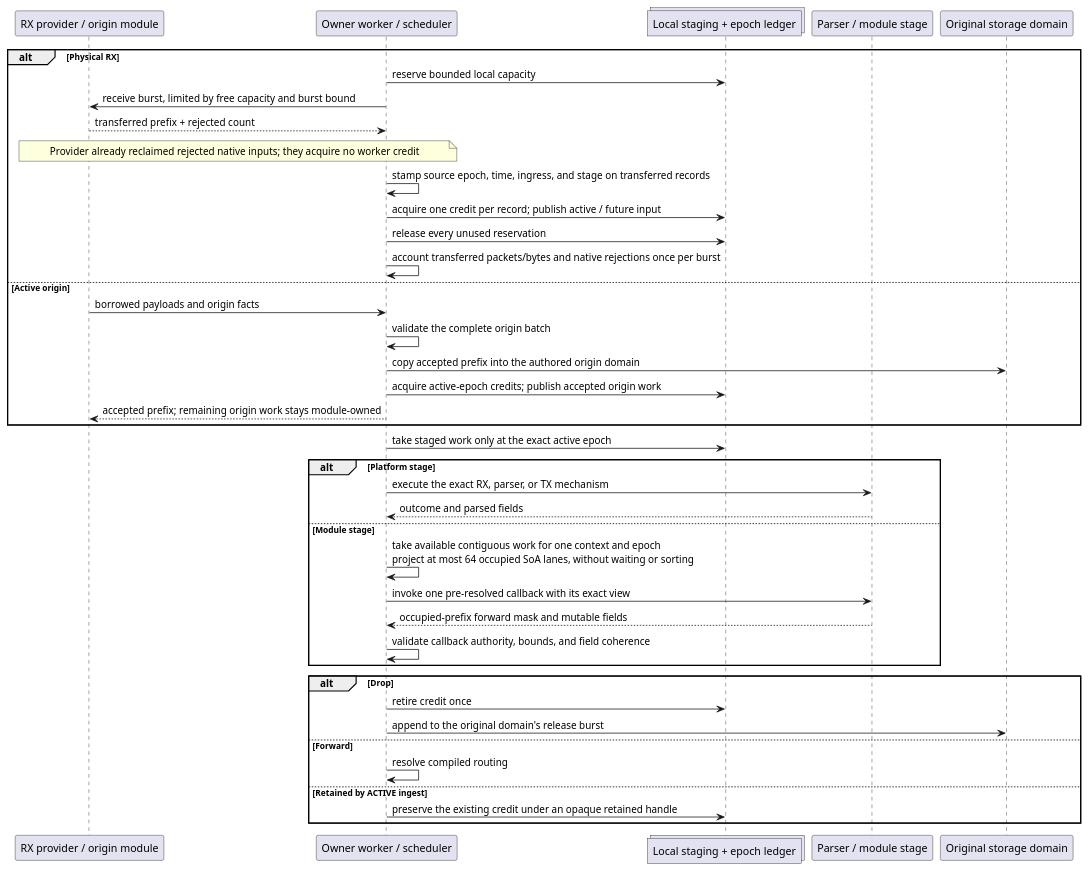
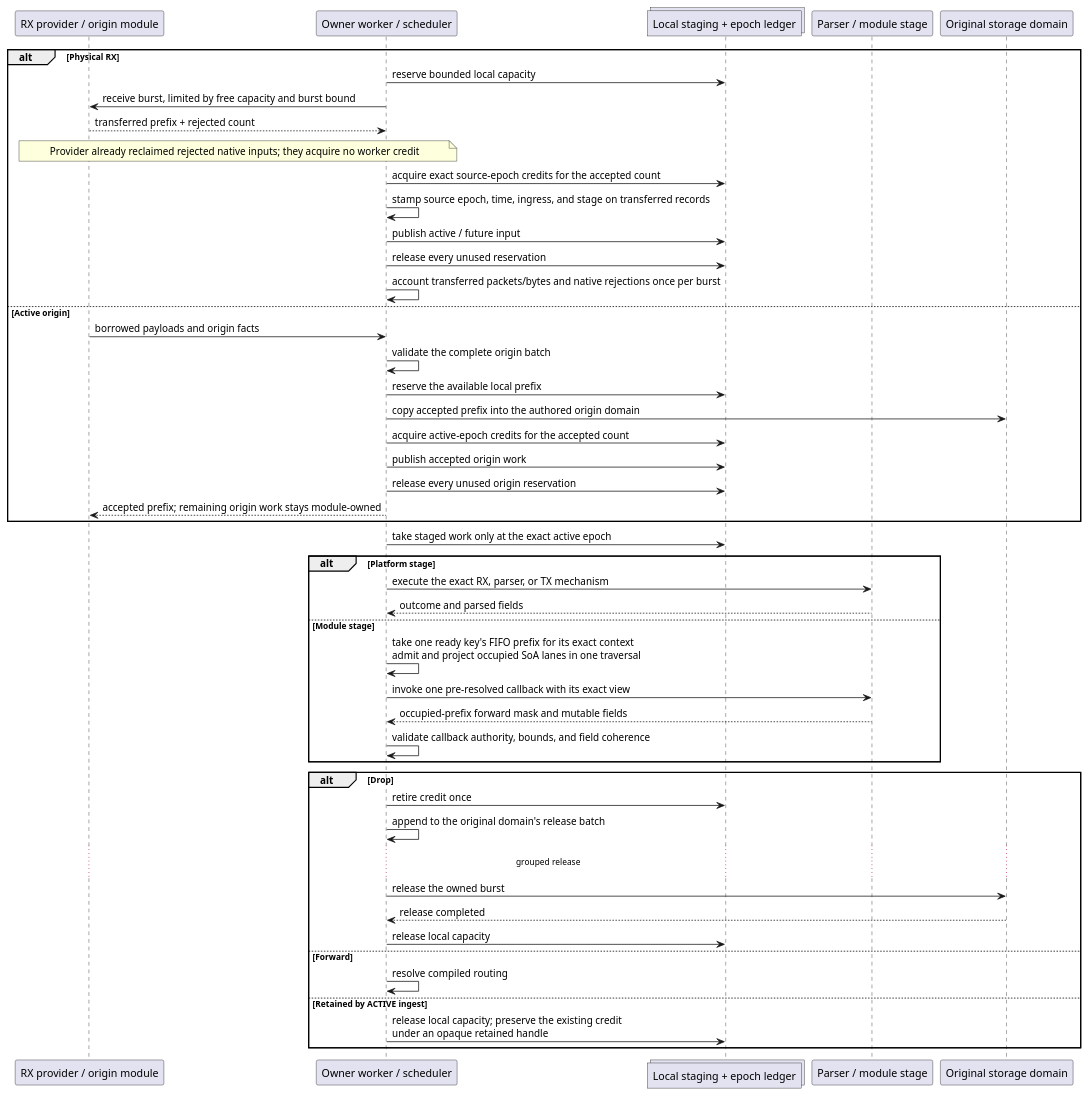
Before and after one commit to flemingpatel/kinetum: diagram 25 of 30 in docs/diagrams/platform_architecture.md, drawn with PlantUML. The commit also changed other lines of this file and 17 other files, not shown here.

````diff
--- a/docs/diagrams/platform_architecture.md
+++ b/docs/diagrams/platform_architecture.md
@@ -2119,44 +2129,52 @@
 ```{uml}
 @startuml
 participant "RX provider / origin module" as P
 participant "Owner worker / scheduler" as W
 collections "Local staging + epoch ledger" as L
 participant "Parser / module stage" as M
 participant "Original storage domain" as S
 
 alt Physical RX
     W->L: reserve bounded local capacity
     W->P: receive burst, limited by free capacity and burst bound
     P-->W: transferred prefix + rejected count
     note over P,W: Provider already reclaimed rejected native inputs; they acquire no worker credit
+    W->L: acquire exact source-epoch credits for the accepted count
     W->W: stamp source epoch, time, ingress, and stage on transferred records
-    W->L: acquire one credit per record; publish active / future input
+    W->L: publish active / future input
     W->L: release every unused reservation
     W->W: account transferred packets/bytes and native rejections once per burst
 else Active origin
     P->W: borrowed payloads and origin facts
     W->W: validate the complete origin batch
+    W->L: reserve the available local prefix
     W->S: copy accepted prefix into the authored origin domain
-    W->L: acquire active-epoch credits; publish accepted origin work
+    W->L: acquire active-epoch credits for the accepted count
+    W->L: publish accepted origin work
+    W->L: release every unused origin reservation
     W-->P: accepted prefix; remaining origin work stays module-owned
 end
 W->L: take staged work only at the exact active epoch
 alt Platform stage
     W->M: execute the exact RX, parser, or TX mechanism
     M-->W: outcome and parsed fields
 else Module stage
-    W->W: take available contiguous work for one context and epoch\nproject at most 64 occupied SoA lanes, without waiting or sorting
+    W->W: take one ready key's FIFO prefix for its exact context\nadmit and project occupied SoA lanes in one traversal
     W->M: invoke one pre-resolved callback with its exact view
     M-->W: occupied-prefix forward mask and mutable fields
     W->W: validate callback authority, bounds, and field coherence
 end
 alt Drop
     W->L: retire credit once
-    W->S: append to the original domain's release burst
+    W->W: append to the original domain's release batch
+    ... grouped release ...
+    W->S: release the owned burst
+    S-->W: release completed
+    W->L: release local capacity
 else Forward
     W->W: resolve compiled routing
 else Retained by ACTIVE ingest
-    W->L: preserve the existing credit under an opaque retained handle
+    W->L: release local capacity; preserve the existing credit\nunder an opaque retained handle
 end
 @enduml
 ```
````
